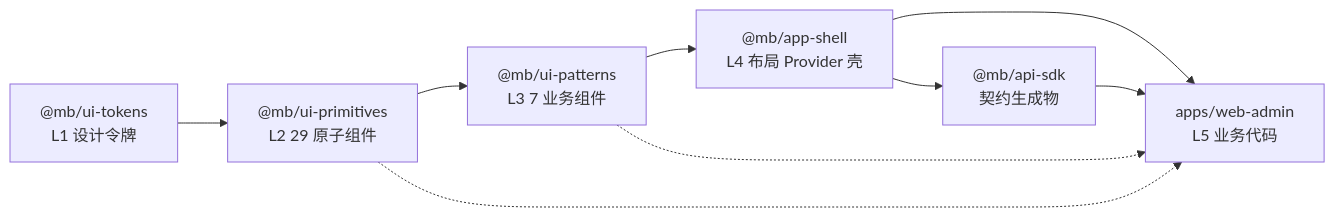
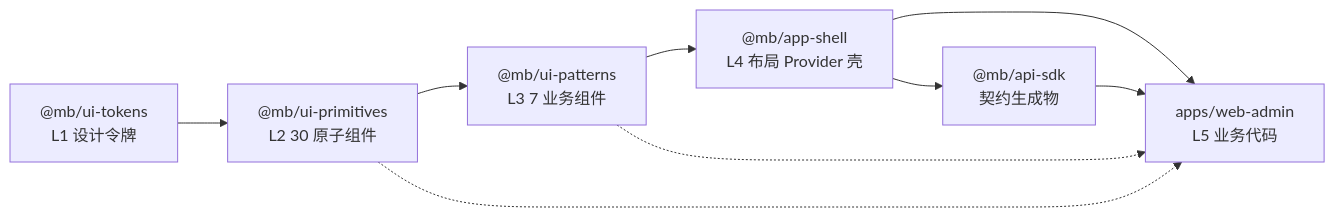
One commit to xykjlcx/meta-build changed the diagram in docs/specs/frontend/appendix.md. Above: the diagram before and after it, drawn with Mermaid. The commit also changed other lines of this file and 10 other files, not shown here.

````diff
--- a/docs/specs/frontend/appendix.md
+++ b/docs/specs/frontend/appendix.md
@@ -86,19 +86,19 @@
 ```mermaid
 graph LR
     tokens[&commat;mb/ui-tokens<br/>L1 设计令牌]
-    primitives[&commat;mb/ui-primitives<br/>L2 29 原子组件]
+    primitives[&commat;mb/ui-primitives<br/>L2 30 原子组件]
     patterns[&commat;mb/ui-patterns<br/>L3 7 业务组件]
     shell[&commat;mb/app-shell<br/>L4 布局 Provider 壳]
     sdk[&commat;mb/api-sdk<br/>契约生成物]
     admin[apps/web-admin<br/>L5 业务代码]
 
     tokens --> primitives
     primitives --> patterns
     patterns --> shell
     shell --> admin
     shell --> sdk
     sdk --> admin
 
     primitives -.-> admin
     patterns -.-> admin
 ```
````
